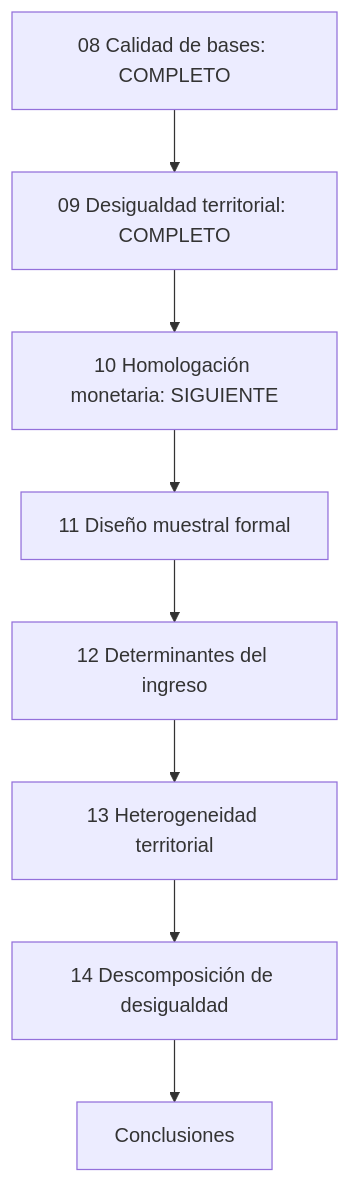
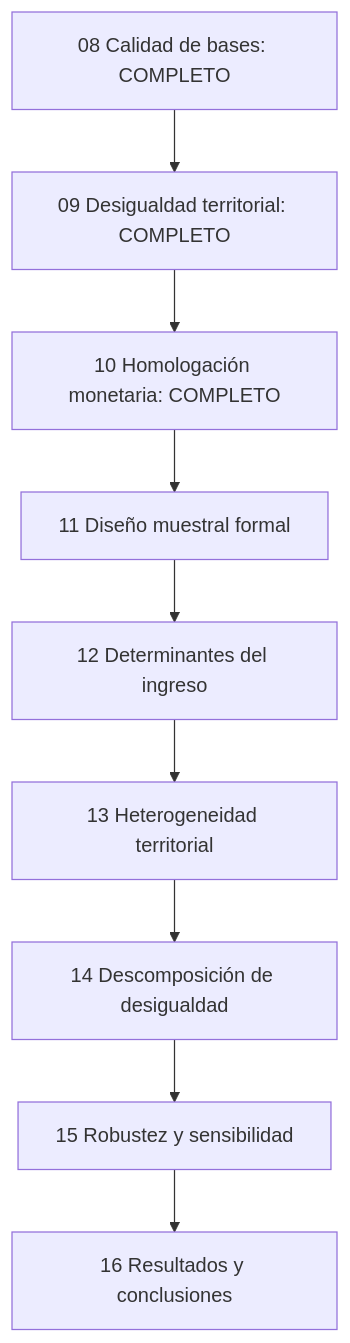
The seventh of 7 diagrams in reports/documentacion_final_en_desarrollo.md (FernandoRossell/inegi-income-modeling), drawn with Mermaid before and after one commit. The commit also changed other lines of this file and 8 other files, not shown here.

````diff
--- a/reports/documentacion_final_en_desarrollo.md
+++ b/reports/documentacion_final_en_desarrollo.md
@@ -473,10 +678,11 @@
 ```mermaid
 flowchart TD
     A["08 Calidad de bases: COMPLETO"] --> B["09 Desigualdad territorial: COMPLETO"]
-    B --> C["10 Homologación monetaria: SIGUIENTE"]
+    B --> C["10 Homologación monetaria: COMPLETO"]
     C --> D["11 Diseño muestral formal"]
     D --> E["12 Determinantes del ingreso"]
     E --> F["13 Heterogeneidad territorial"]
     F --> G["14 Descomposición de desigualdad"]
-    G --> H["Conclusiones"]
+    G --> R["15 Robustez y sensibilidad"]
+    R --> H["16 Resultados y conclusiones"]
 ```
````
